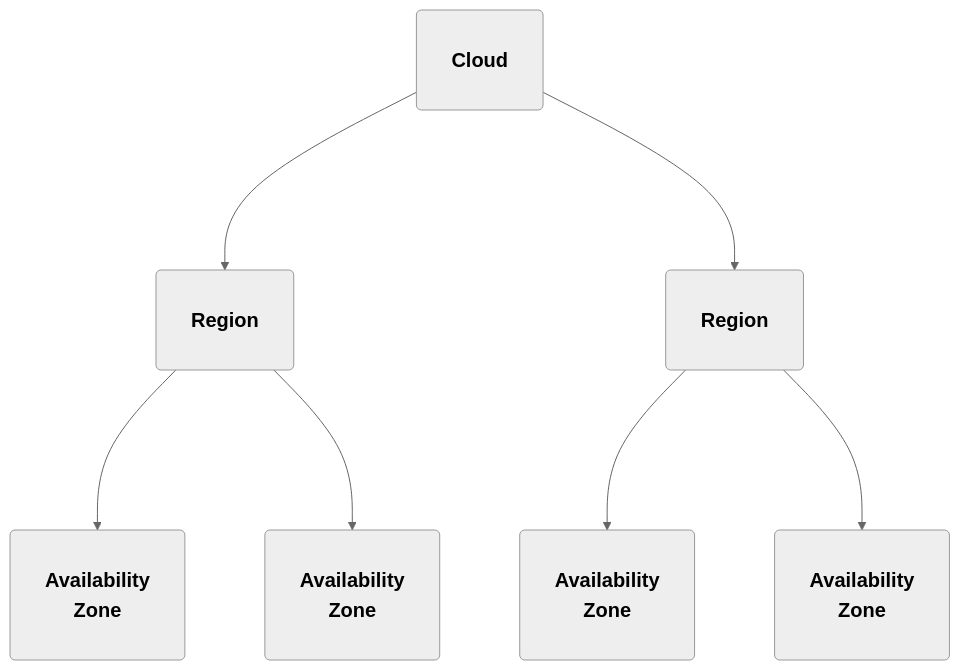
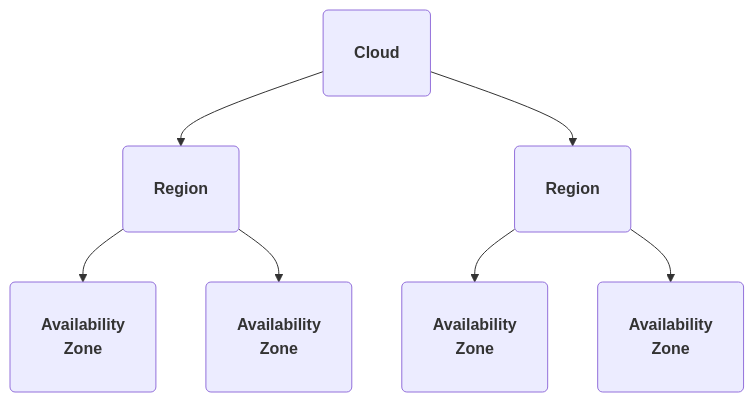
Before and after one commit to OpenStackKen/genestack: the diagram in docs/content/design-guide/cloud-design/topology.md, drawn with Mermaid. The commit also changed 9 other files, not shown here.

````diff
--- a/docs/content/design-guide/cloud-design/topology.md
+++ b/docs/content/design-guide/cloud-design/topology.md
@@ -17,37 +17,23 @@
 ```mermaid
----
-config:
-  theme: neutral
-  themeVariables:
-    fontSize: 20px
-  flowchart:
-    curve: basis
-    nodeSpacing: 80
-    rankSpacing: 160
----
 flowchart TD
 
 %% Node Defs
     CLD(<div style="padding: 1em; font-weight:bold">Cloud</div>)
    
     REG1(<div style="padding: 1em; font-weight:bold">Region</div>)
-
     REG2(<div style="padding: 1em; font-weight:bold">Region</div>)
 
     AZ11(<div style="padding: 1em; font-weight:bold">Availability</BR>Zone</div>)
-
     AZ12(<div style="padding: 1em; font-weight:bold">Availability</BR>Zone</div>)
-
     AZ21(<div style="padding: 1em; font-weight:bold">Availability</BR>Zone</div>)
-
     AZ22(<div style="padding: 1em; font-weight:bold">Availability</BR>Zone</div>)
 
 %% Diagram Layout
 
     CLD --> REG1
     CLD --> REG2
     REG1 --> AZ11
     REG1 --> AZ12
     REG2 --> AZ21
     REG2 --> AZ22
 ```
````
